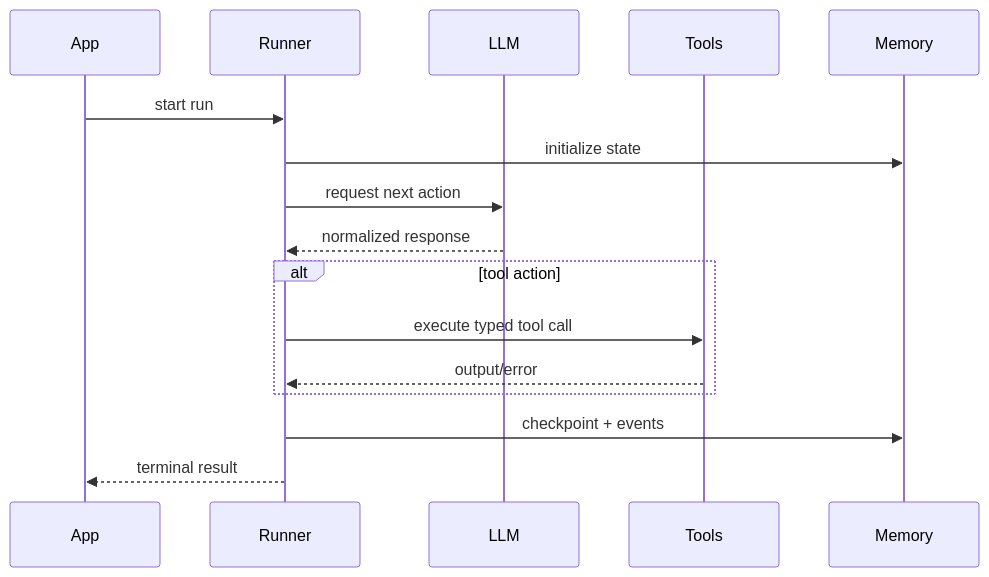
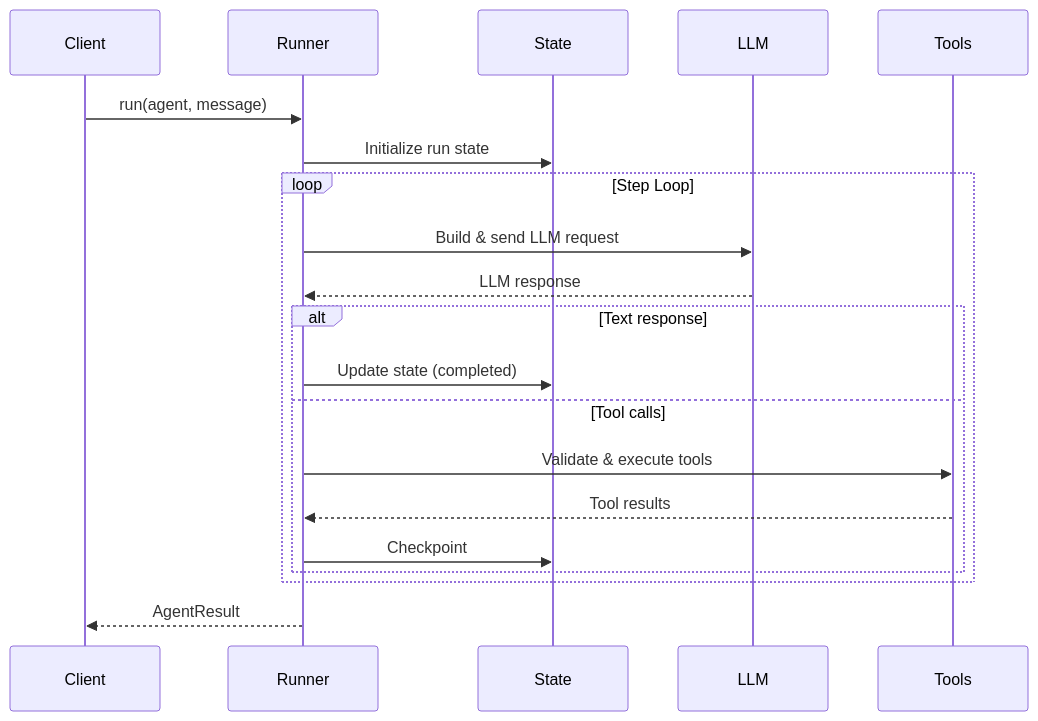
Before and after one commit to Luseefor/afk: the second of 3 diagrams in docs/library/architecture.mdx, drawn with Mermaid. The commit also changed other lines of this file and 50 other files, not shown here.

````diff
--- a/docs/library/architecture.mdx
+++ b/docs/library/architecture.mdx
@@ -30,19 +67,23 @@
 ```mermaid
 sequenceDiagram
-    participant App
+    participant Client
     participant Runner
+    participant State
     participant LLM
     participant Tools
-    participant Memory
 
-    App->>Runner: start run
-    Runner->>Memory: initialize state
-    Runner->>LLM: request next action
-    LLM-->>Runner: normalized response
-    alt tool action
-        Runner->>Tools: execute typed tool call
-        Tools-->>Runner: output/error
+    Client->>Runner: run(agent, message)
+    Runner->>State: Initialize run state
+    loop Step Loop
+        Runner->>LLM: Build & send LLM request
+        LLM-->>Runner: LLM response
+        alt Text response
+            Runner->>State: Update state (completed)
+        else Tool calls
+            Runner->>Tools: Validate & execute tools
+            Tools-->>Runner: Tool results
+            Runner->>State: Checkpoint
+        end
     end
-    Runner->>Memory: checkpoint + events
-    Runner-->>App: terminal result
+    Runner-->>Client: AgentResult
 ```
````
